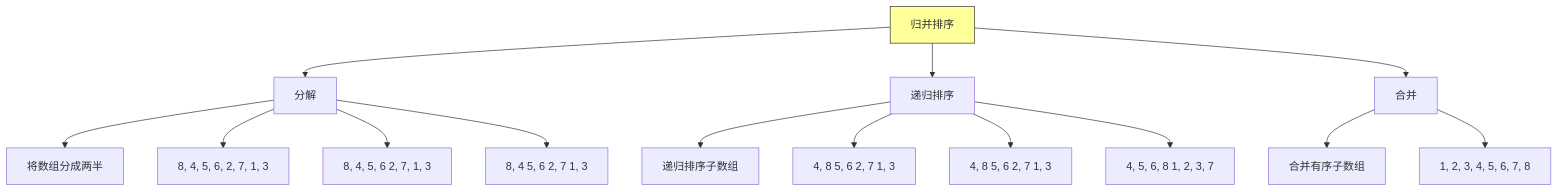
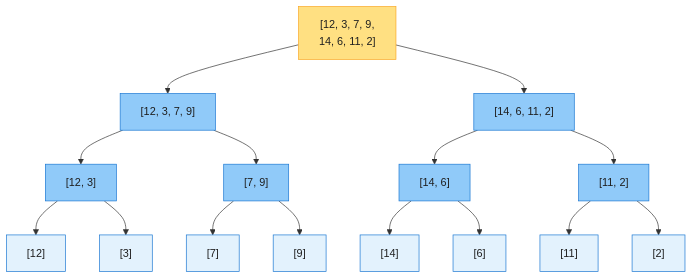
The first of 4 diagrams in IntroductionToAlgorithms/Chapter02_排序算法基础_深度版.md (socoo123/book_reading), drawn with Mermaid before and after one commit. The commit also changed other lines of this file and 30 other files, not shown here.

````diff
--- a/IntroductionToAlgorithms/Chapter02_排序算法基础_深度版.md
+++ b/IntroductionToAlgorithms/Chapter02_排序算法基础_深度版.md
@@ -387,21 +230,24 @@
 ```mermaid
 graph TD
-    A["归并排序"] --> B["分解"]
-    A --> C["递归排序"]
-    A --> D["合并"]
+    n0["[12, 3, 7, 9,<br/>14, 6, 11, 2]"] --> n1["[12, 3, 7, 9]"]
+    n0 --> n2["[14, 6, 11, 2]"]
+    n1 --> n3["[12, 3]"]
+    n1 --> n4["[7, 9]"]
+    n2 --> n5["[14, 6]"]
+    n2 --> n6["[11, 2]"]
+    n3 --> n7["[12]"]
+    n3 --> n8["[3]"]
+    n4 --> n9["[7]"]
+    n4 --> n10["[9]"]
+    n5 --> n11["[14]"]
+    n5 --> n12["[6]"]
+    n6 --> n13["[11]"]
+    n6 --> n14["[2]"]
 
-    B --> B1["将数组分成两半"]
-    B --> B1_1["8, 4, 5, 6, 2, 7, 1, 3"]
-    B --> B1_2["8, 4, 5, 6  2, 7, 1, 3"]
-    B --> B1_3["8, 4  5, 6  2, 7  1, 3"]
-
-    C --> C1["递归排序子数组"]
-    C --> C1_1["4, 8  5, 6  2, 7  1, 3"]
-    C --> C1_2["4, 8  5, 6  2, 7  1, 3"]
-    C --> C1_3["4, 5, 6, 8  1, 2, 3, 7"]
-
-    D --> D1["合并有序子数组"]
-    D --> D1_1["1, 2, 3, 4, 5, 6, 7, 8"]
-
-    style A fill:#ff9,stroke:#333
+    classDef start fill:#FFE082,stroke:#F9A825,color:#1f1f1f
+    classDef mid fill:#90CAF9,stroke:#1976D2,color:#1f1f1f
+    classDef leaf fill:#E3F2FD,stroke:#1976D2,color:#1f1f1f
+    class n0 start
+    class n1,n2,n3,n4,n5,n6 mid
+    class n7,n8,n9,n10,n11,n12,n13,n14 leaf
 ```
````
